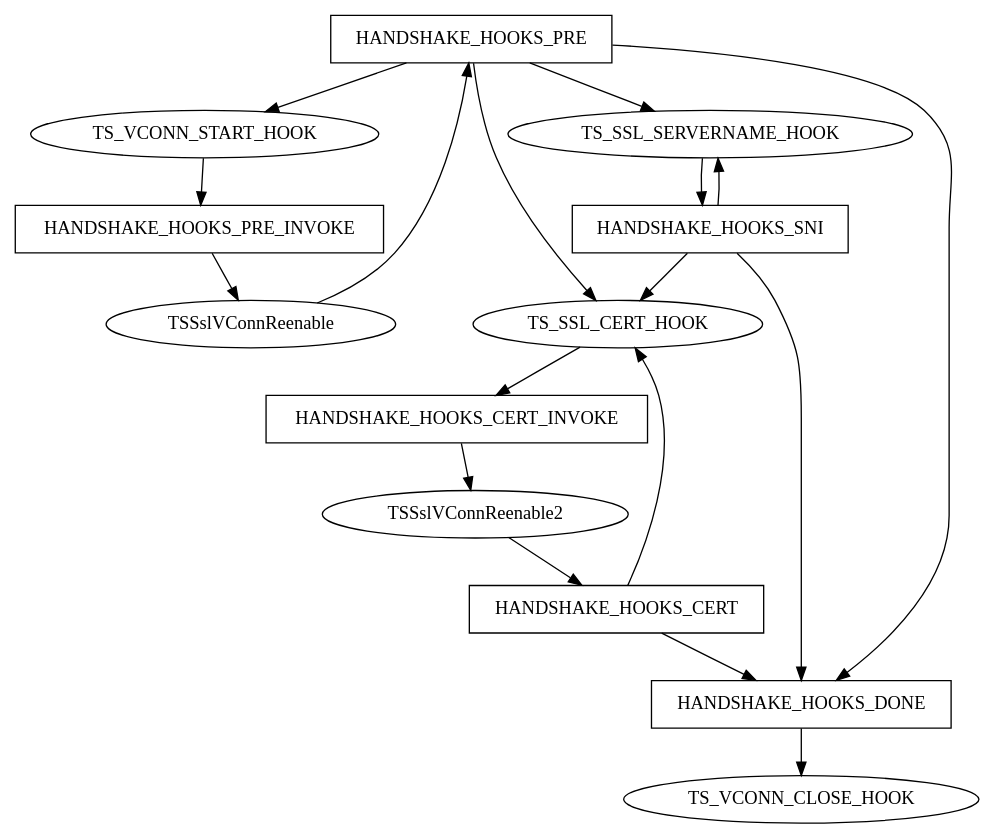
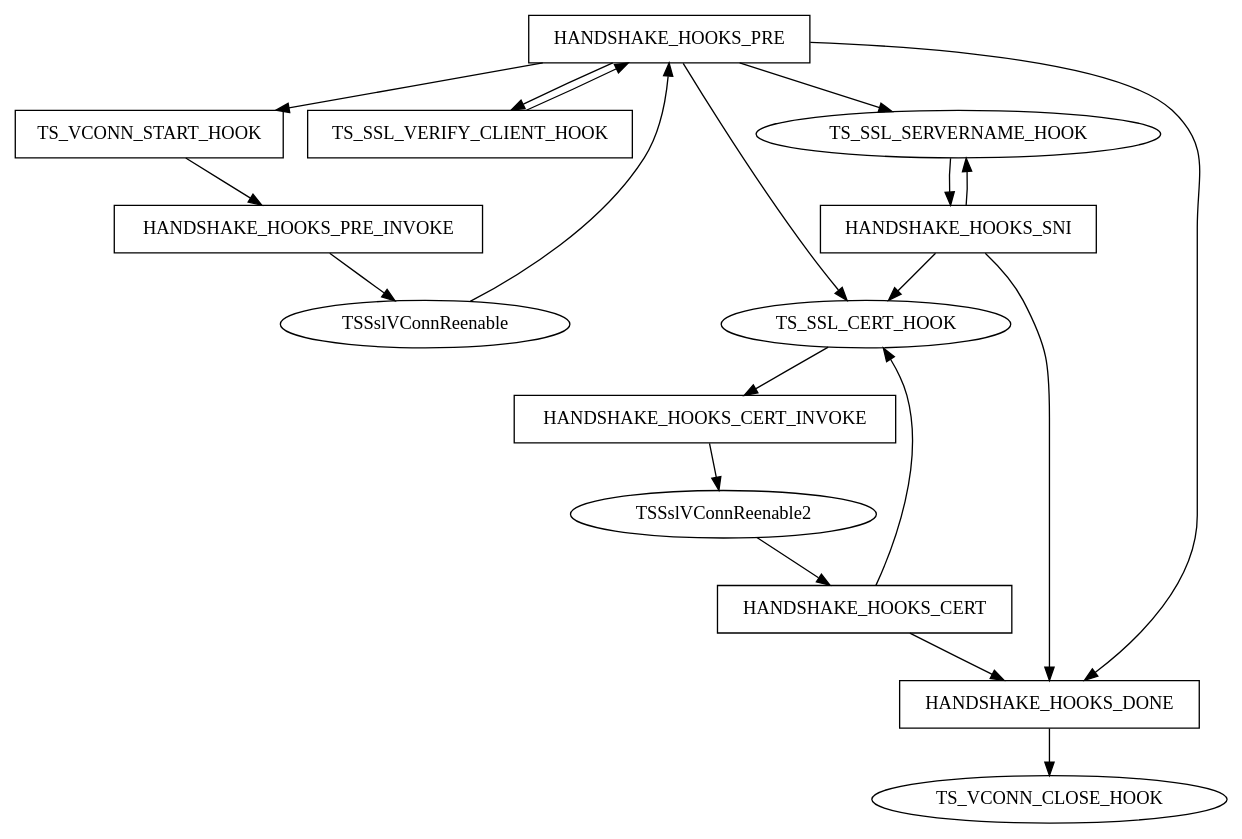
The diagram in doc/developer-guide/plugins/hooks-and-transactions/ssl-hooks.en.rst (apache/trafficserver), drawn with Graphviz before and after one commit. The commit also changed other lines of this file and 7 other files, not shown here.

Commit message:
Update documentation for SSL VERIFY hooks.

```diff
--- a/doc/developer-guide/plugins/hooks-and-transactions/ssl-hooks.en.rst
+++ b/doc/developer-guide/plugins/hooks-and-transactions/ssl-hooks.en.rst
@@ -90,29 +113,33 @@
 .. graphviz::
    :alt: TLS Hook State Diagram
 
    digraph tls_hook_state_diagram{
      HANDSHAKE_HOOKS_PRE -> TS_VCONN_START_HOOK;
+     HANDSHAKE_HOOKS_PRE -> TS_SSL_VERIFY_CLIENT_HOOK;
      HANDSHAKE_HOOKS_PRE -> TS_SSL_CERT_HOOK;
      HANDSHAKE_HOOKS_PRE -> TS_SSL_SERVERNAME_HOOK;
      HANDSHAKE_HOOKS_PRE -> HANDSHAKE_HOOKS_DONE;
+     TS_SSL_VERIFY_CLIENT_HOOK -> HANDSHAKE_HOOKS_PRE;
      TS_VCONN_START_HOOK -> HANDSHAKE_HOOKS_PRE_INVOKE;
      HANDSHAKE_HOOKS_PRE_INVOKE -> TSSslVConnReenable;
      TSSslVConnReenable -> HANDSHAKE_HOOKS_PRE;
      TS_SSL_SERVERNAME_HOOK -> HANDSHAKE_HOOKS_SNI;
      HANDSHAKE_HOOKS_SNI -> TS_SSL_SERVERNAME_HOOK;
      HANDSHAKE_HOOKS_SNI -> TS_SSL_CERT_HOOK;
      HANDSHAKE_HOOKS_SNI -> HANDSHAKE_HOOKS_DONE;
      HANDSHAKE_HOOKS_CERT -> TS_SSL_CERT_HOOK;
      TS_SSL_CERT_HOOK -> HANDSHAKE_HOOKS_CERT_INVOKE;
      HANDSHAKE_HOOKS_CERT_INVOKE -> TSSslVConnReenable2;
      TSSslVConnReenable2 -> HANDSHAKE_HOOKS_CERT;
      HANDSHAKE_HOOKS_CERT -> HANDSHAKE_HOOKS_DONE;
      HANDSHAKE_HOOKS_DONE -> TS_VCONN_CLOSE_HOOK;
 
      HANDSHAKE_HOOKS_PRE [shape=box];
+     TS_VCONN_START_HOOK [shape=box];
+     TS_SSL_VERIFY_CLIENT_HOOK [shape=box];
      HANDSHAKE_HOOKS_PRE_INVOKE [shape=box];
      HANDSHAKE_HOOKS_SNI [shape=box];
      HANDSHAKE_HOOKS_CERT [shape=box];
      HANDSHAKE_HOOKS_CERT_INVOKE [shape=box];
      HANDSHAKE_HOOKS_DONE [shape=box];
    }
```
